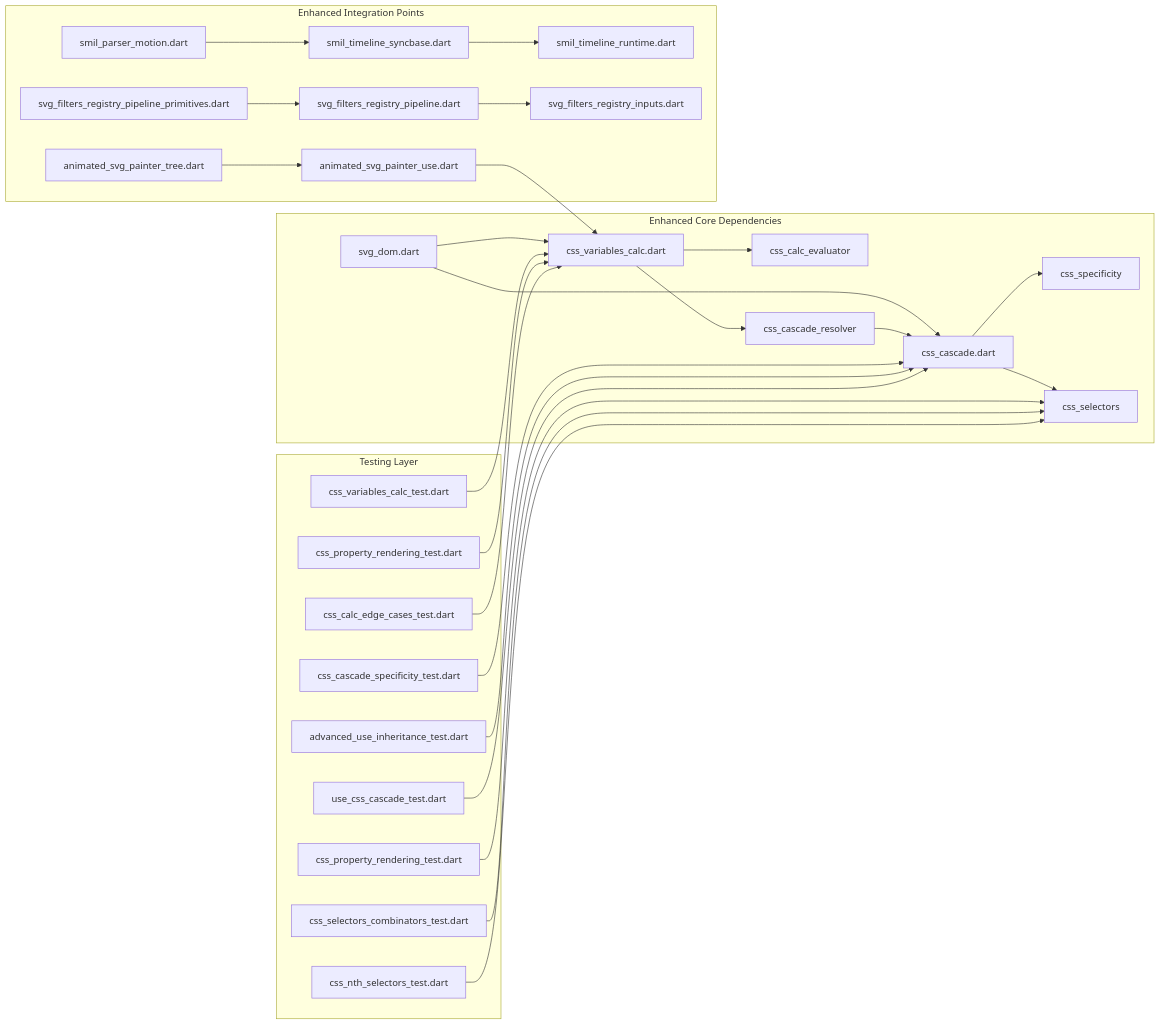
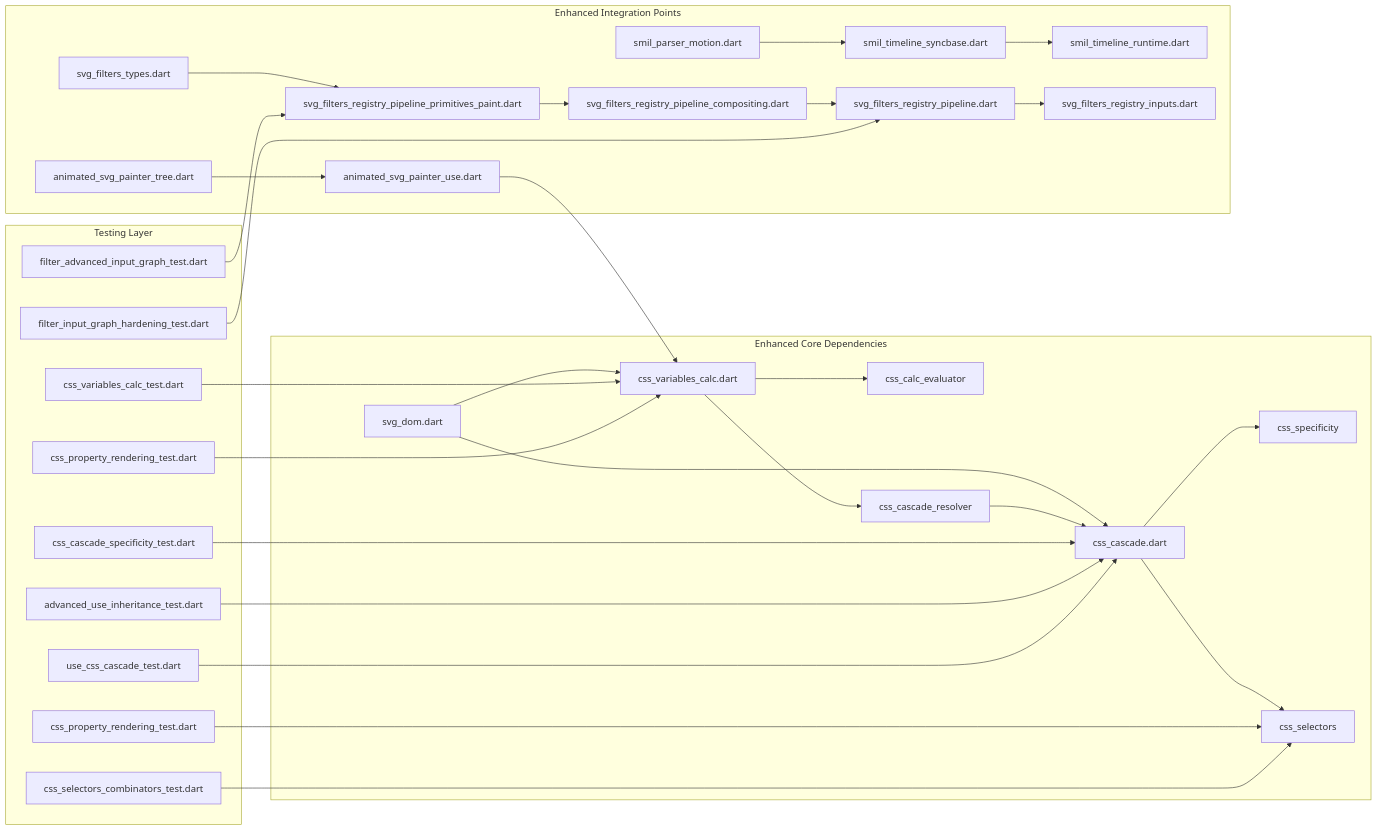
Before and after one commit to denisnadey/flutter_full_svg_support: diagram 12 of 12 in .qoder/repowiki/en/content/Animated SVG Support/Advanced Animation Features/Enhanced CSS Variables and Calculations/Enhanced CSS Variables and Calculations.md, drawn with Mermaid. The commit also changed other lines of this file and 30 other files, not shown here.

First line of the commit message:
feat(svg): enforce ForeignObject CSS inheritance boundaries and optimize filter system

````diff
--- a/.qoder/repowiki/en/content/Animated SVG Support/Advanced Animation Features/Enhanced CSS Variables and Calculations/Enhanced CSS Variables and Calculations.md
+++ b/.qoder/repowiki/en/content/Animated SVG Support/Advanced Animation Features/Enhanced CSS Variables and Calculations/Enhanced CSS Variables and Calculations.md
@@ -763,31 +852,33 @@
 ```mermaid
 graph LR
 subgraph "Enhanced Core Dependencies"
 A["svg_dom.dart"] --> B["css_variables_calc.dart"]
 A --> C["css_cascade.dart"]
 B --> D["css_calc_evaluator"]
 C --> E["css_specificity"]
 C --> F["css_selectors"]
 B --> G["css_cascade_resolver"]
 G --> C
 end
 subgraph "Enhanced Integration Points"
 H["animated_svg_painter_use.dart"] --> B
 I["animated_svg_painter_tree.dart"] --> H
 J["smil_parser_motion.dart"] --> K["smil_timeline_syncbase.dart"]
 K --> L["smil_timeline_runtime.dart"]
-M["svg_filters_registry_pipeline_primitives.dart"] --> N["svg_filters_registry_pipeline.dart"]
-N --> O["svg_filters_registry_inputs.dart"]
+M["svg_filters_registry_pipeline_primitives_paint.dart"] --> N["svg_filters_registry_pipeline_compositing.dart"]
+N --> O["svg_filters_registry_pipeline.dart"]
+O --> P["svg_filters_registry_inputs.dart"]
+Q["svg_filters_types.dart"] --> M
 end
 subgraph "Testing Layer"
-P["css_variables_calc_test.dart"] --> B
-Q["css_property_rendering_test.dart"] --> B
-R["css_cascade_specificity_test.dart"] --> C
-S["css_property_rendering_test.dart"] --> F
-T["advanced_use_inheritance_test.dart"] --> C
-U["use_css_cascade_test.dart"] --> C
-V["css_selectors_combinators_test.dart"] --> F
-W["css_calc_edge_cases_test.dart"] --> B
-X["css_nth_selectors_test.dart"] --> F
+R["css_variables_calc_test.dart"] --> B
+S["css_property_rendering_test.dart"] --> B
+T["css_cascade_specificity_test.dart"] --> C
+U["css_property_rendering_test.dart"] --> F
+V["advanced_use_inheritance_test.dart"] --> C
+W["use_css_cascade_test.dart"] --> C
+X["css_selectors_combinators_test.dart"] --> F
+Y["filter_advanced_input_graph_test.dart"] --> M
+Z["filter_input_graph_hardening_test.dart"] --> O
 end
 ```
````
